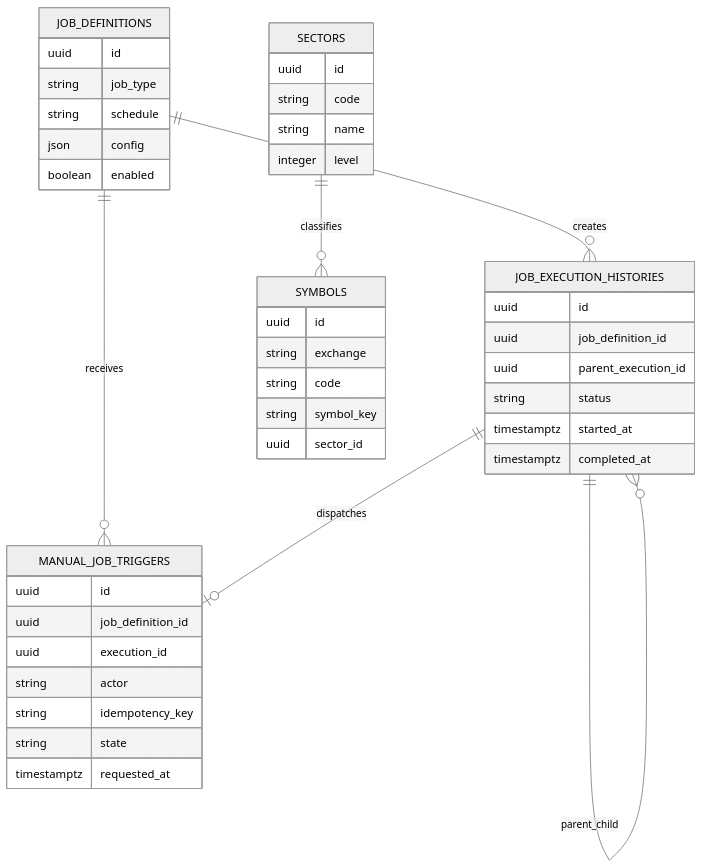
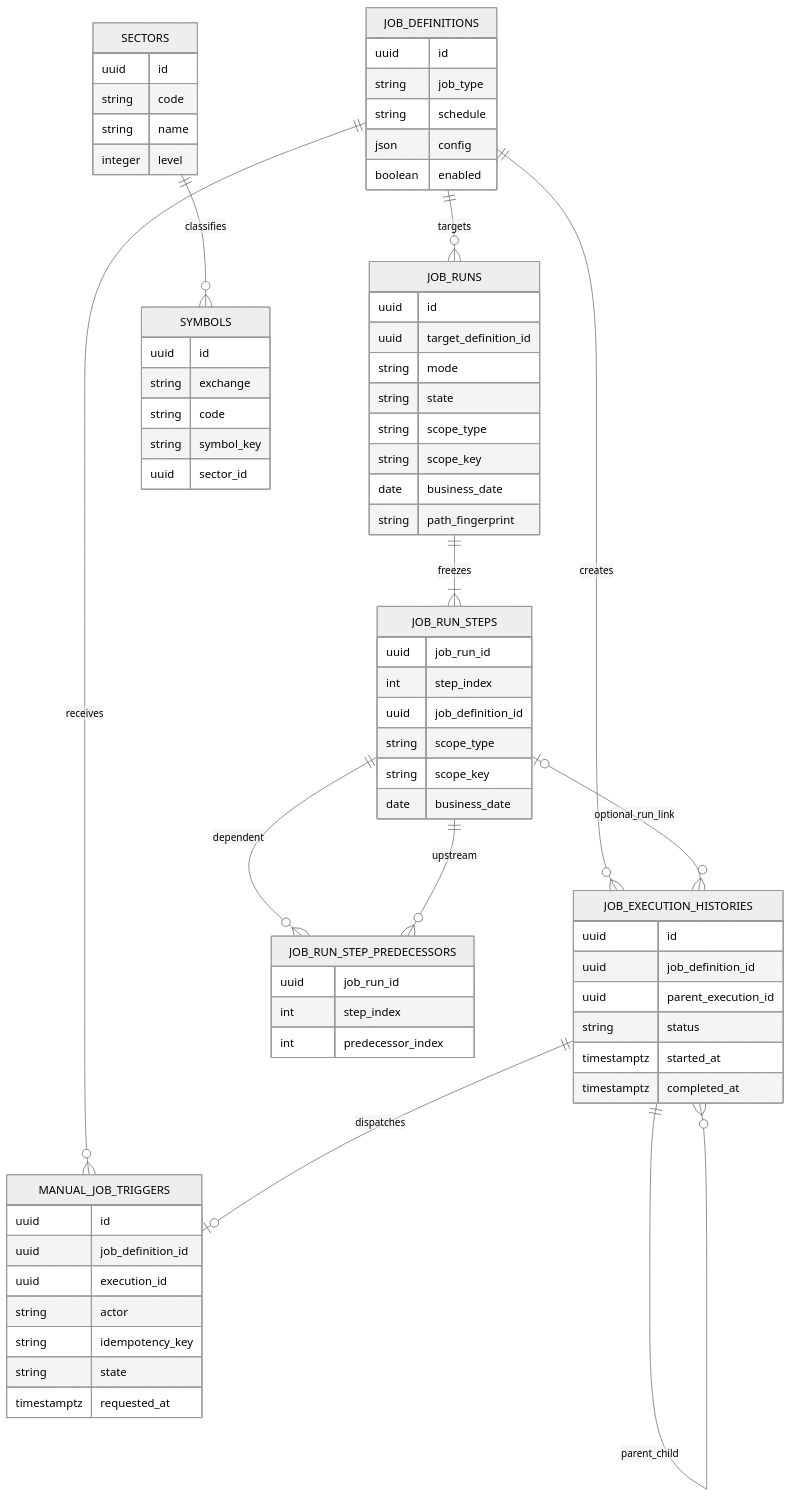
The diagram in docs/data/003-database.md (tanlocit9/omni), drawn with Mermaid (neutral theme) before and after one commit. The commit also changed other lines of this file and 16 other files, not shown here.

First line of the commit message:
feat(platform): persist immutable JobRun snapshots

````diff
--- a/docs/data/003-database.md
+++ b/docs/data/003-database.md
@@ -9,50 +9,81 @@
 ```mermaid
 erDiagram
   JOB_DEFINITIONS ||--o{ JOB_EXECUTION_HISTORIES : creates
   JOB_DEFINITIONS ||--o{ MANUAL_JOB_TRIGGERS : receives
+  JOB_DEFINITIONS ||--o{ JOB_RUNS : targets
+  JOB_RUNS ||--|{ JOB_RUN_STEPS : freezes
+  JOB_RUN_STEPS ||--o{ JOB_RUN_STEP_PREDECESSORS : dependent
+  JOB_RUN_STEPS ||--o{ JOB_RUN_STEP_PREDECESSORS : upstream
+  JOB_RUN_STEPS |o--o{ JOB_EXECUTION_HISTORIES : optional_run_link
   JOB_EXECUTION_HISTORIES ||--o| MANUAL_JOB_TRIGGERS : dispatches
   JOB_EXECUTION_HISTORIES ||--o{ JOB_EXECUTION_HISTORIES : parent_child
   SECTORS ||--o{ SYMBOLS : classifies
 
   JOB_DEFINITIONS {
     uuid id
     string job_type
     string schedule
     json config
     boolean enabled
   }
 
   JOB_EXECUTION_HISTORIES {
     uuid id
     uuid job_definition_id
     uuid parent_execution_id
     string status
     timestamptz started_at
     timestamptz completed_at
   }
 
   MANUAL_JOB_TRIGGERS {
     uuid id
     uuid job_definition_id
     uuid execution_id
     string actor
     string idempotency_key
     string state
     timestamptz requested_at
   }
 
+  JOB_RUNS {
+    uuid id
+    uuid target_definition_id
+    string mode
+    string state
+    string scope_type
+    string scope_key
+    date business_date
+    string path_fingerprint
+  }
+
+  JOB_RUN_STEPS {
+    uuid job_run_id
+    int step_index
+    uuid job_definition_id
+    string scope_type
+    string scope_key
+    date business_date
+  }
+
+  JOB_RUN_STEP_PREDECESSORS {
+    uuid job_run_id
+    int step_index
+    int predecessor_index
+  }
+
   SYMBOLS {
     uuid id
     string exchange
     string code
     string symbol_key
     uuid sector_id
   }
 
   SECTORS {
     uuid id
     string code
     string name
     integer level
   }
 ```
````
